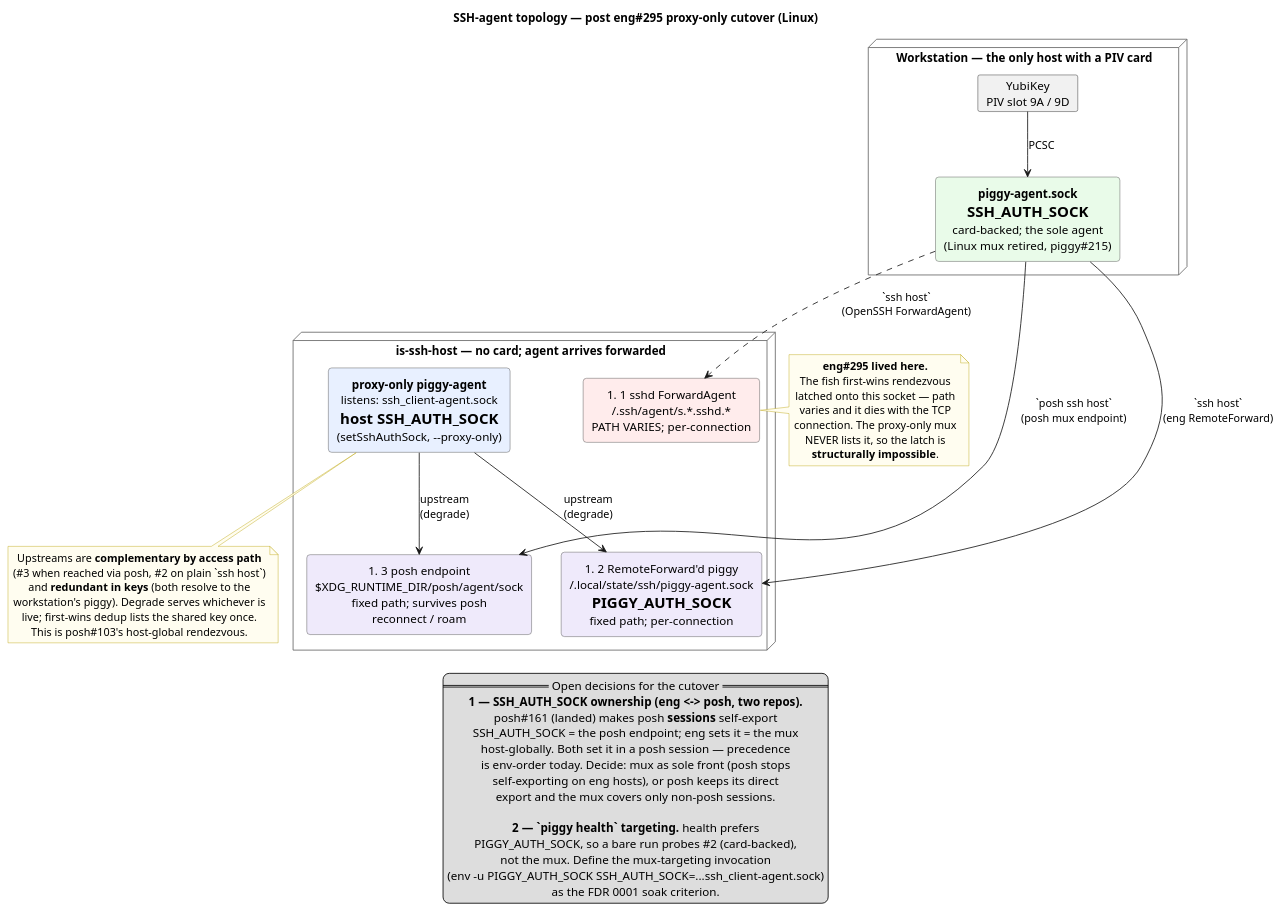
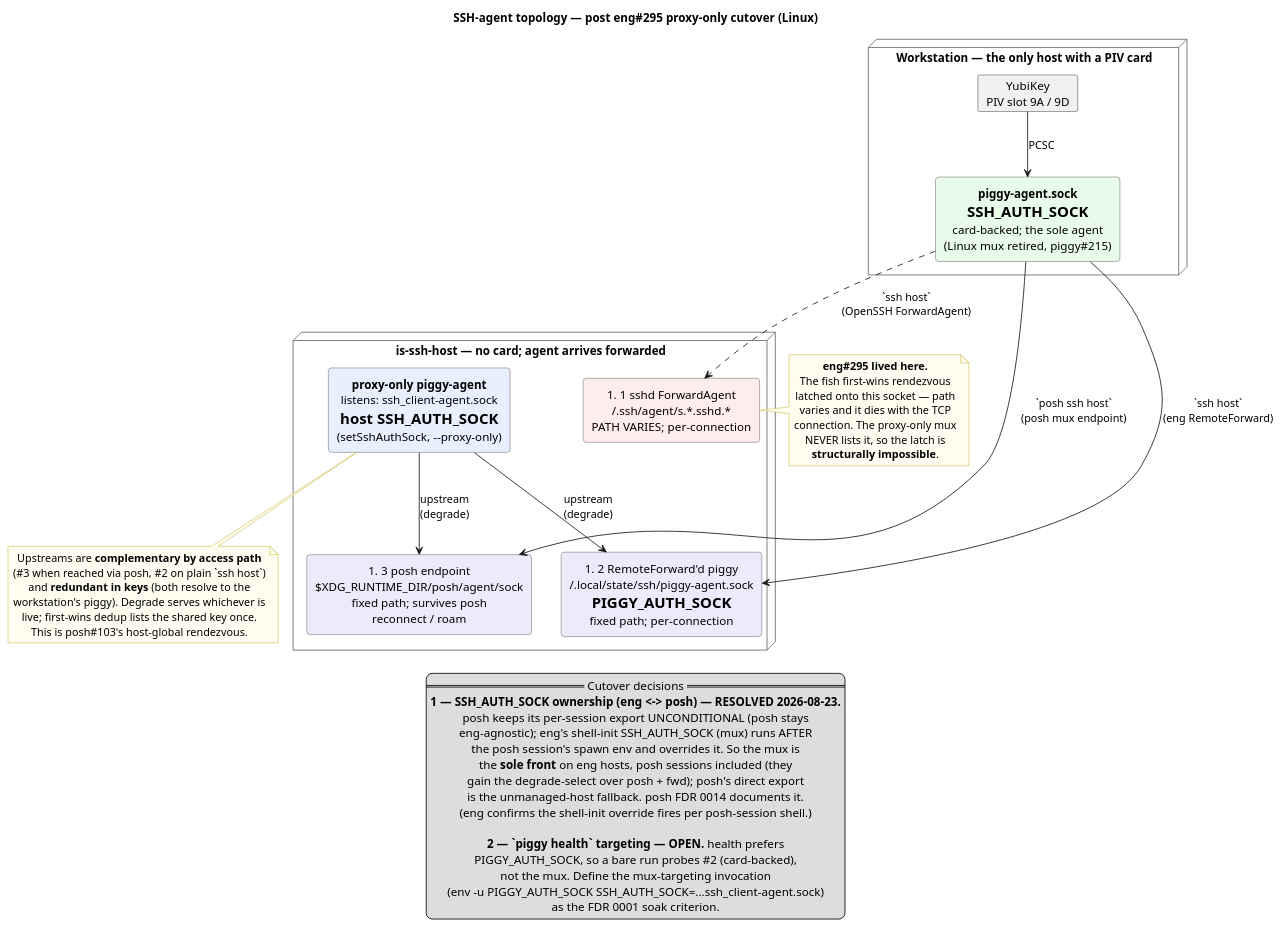
The diagram in docs/diagrams/ssh-agent-topology.puml (amarbel-llc/piggy), drawn with PlantUML before and after one commit. The commit also changed 2 other files, not shown here.

Commit message:
docs: record SSH_AUTH_SOCK-ownership decision as resolved (topology diagram + FDR 0001)
The eng<->posh cross-repo decision the topology diagram surfaced is
settled (2026-08-23): posh keeps its per-session SSH_AUTH_SOCK export
unconditional (posh stays eng-agnostic — pennywise's call), and eng's
shell-init SSH_AUTH_SOCK (the proxy-only mux via setSshAuthSock) runs
after the posh session's spawn env and overrides it, so the mux is the
sole front on eng-managed is-ssh-hosts (posh sessions included, gaining
the degrade-select across posh + fwd); posh's direct export is the
unmanaged-host fallback. posh#161 / posh FDR 0014 own the export side.

Diagram legend #1 flipped OPEN -> RESOLVED (re-rendered .svg); FDR 0001's
More Information note updated to match. Decision #2 (the `piggy health`
mux-targeting invocation for the soak criterion) stays open, owned by
eng's verify-home-ssh-host.

🤡 Clown 0.4.4+a765898 (https://code.linenisgreat.com/clown/commit/a765898985205edc56d300910bf585ad06d9597a)

```diff
--- a/docs/diagrams/ssh-agent-topology.puml
+++ b/docs/diagrams/ssh-agent-topology.puml
@@ -1,81 +1,82 @@
 @startuml ssh-agent-topology
 ' SSH-agent topology after the eng#295 proxy-only cutover (Linux).
 ' Companion to piggy FDR 0001 (docs/features/0001-proxy-only-agent-universal-front.md),
 ' eng#295, and posh FDR 0014 (posh docs/features/0014-stable-forwarded-agent-endpoint.md).
 '
 ' Regenerate the rendered image with:  plantuml -tsvg docs/diagrams/ssh-agent-topology.puml
 ' The .puml is the source of truth; the .svg beside it is generated.
 
 title SSH-agent topology — post eng#295 proxy-only cutover (Linux)
 
 skinparam shadowing false
 skinparam defaultTextAlignment center
 skinparam nodeBorderColor #666
 skinparam rectangle {
   BorderColor #444
   roundCorner 8
 }
 skinparam note {
   BackgroundColor #FFFDF0
   BorderColor #B8A100
 }
 
 node "Workstation — the only host with a PIV card" as ws {
   card "YubiKey\nPIV slot 9A / 9D" as yk
   rectangle "**piggy-agent.sock**\n= SSH_AUTH_SOCK\ncard-backed; the sole agent\n(Linux mux retired, piggy#215)" as pa #E9FBE9
   yk -down-> pa : PCSC
 }
 
 node "is-ssh-host — no card; agent arrives forwarded" as host {
   rectangle "**proxy-only piggy-agent**\nlistens: ssh_client-agent.sock\n= host SSH_AUTH_SOCK\n(setSshAuthSock, --proxy-only)" as mux #E8F0FF
 
   rectangle "#3 posh endpoint\n$XDG_RUNTIME_DIR/posh/agent/sock\nfixed path; survives posh\nreconnect / roam" as posh #EFEAFB
   rectangle "#2 RemoteForward'd piggy\n~/.local/state/ssh/piggy-agent.sock\n= PIGGY_AUTH_SOCK\nfixed path; per-connection" as fwd #EFEAFB
   rectangle "#1 sshd ForwardAgent\n~/.ssh/agent/s.*.sshd.*\nPATH VARIES; per-connection" as sshd #FFECEC
 
   mux -down-> posh : upstream\n(degrade)
   mux -down-> fwd  : upstream\n(degrade)
 }
 
 ' How the workstation agent reaches the host, by access path.
 pa -down-> posh : `posh ssh host`\n(posh mux endpoint)
 pa -down-> fwd  : `ssh host`\n(eng RemoteForward)
 pa .down.> sshd : `ssh host`\n(OpenSSH ForwardAgent)
 
 note right of sshd
   **eng#295 lived here.**
   The fish first-wins rendezvous
   latched onto this socket — path
   varies and it dies with the TCP
   connection. The proxy-only mux
   NEVER lists it, so the latch is
   **structurally impossible**.
 end note
 
 note bottom of mux
   Upstreams are **complementary by access path**
   (#3 when reached via posh, #2 on plain `ssh host`)
   and **redundant in keys** (both resolve to the
   workstation's piggy). Degrade serves whichever is
   live; first-wins dedup lists the shared key once.
   This is posh#103's host-global rendezvous.
 end note
 
 legend bottom
-  == Open decisions for the cutover ==
-  **1 — SSH_AUTH_SOCK ownership (eng <-> posh, two repos).**
-  posh#161 (landed) makes posh **sessions** self-export
-  SSH_AUTH_SOCK = the posh endpoint; eng sets it = the mux
-  host-globally. Both set it in a posh session — precedence
-  is env-order today. Decide: mux as sole front (posh stops
-  self-exporting on eng hosts), or posh keeps its direct
-  export and the mux covers only non-posh sessions.
+  == Cutover decisions ==
+  **1 — SSH_AUTH_SOCK ownership (eng <-> posh) — RESOLVED 2026-08-23.**
+  posh keeps its per-session export UNCONDITIONAL (posh stays
+  eng-agnostic); eng's shell-init SSH_AUTH_SOCK (mux) runs AFTER
+  the posh session's spawn env and overrides it. So the mux is
+  the **sole front** on eng hosts, posh sessions included (they
+  gain the degrade-select over posh + fwd); posh's direct export
+  is the unmanaged-host fallback. posh FDR 0014 documents it.
+  (eng confirms the shell-init override fires per posh-session shell.)
 
-  **2 — `piggy health` targeting.** health prefers
+  **2 — `piggy health` targeting — OPEN.** health prefers
   PIGGY_AUTH_SOCK, so a bare run probes #2 (card-backed),
   not the mux. Define the mux-targeting invocation
   (env -u PIGGY_AUTH_SOCK SSH_AUTH_SOCK=...ssh_client-agent.sock)
   as the FDR 0001 soak criterion.
 endlegend
 
 @enduml
```
